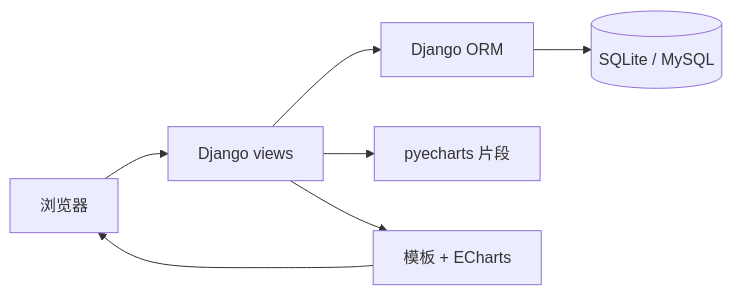
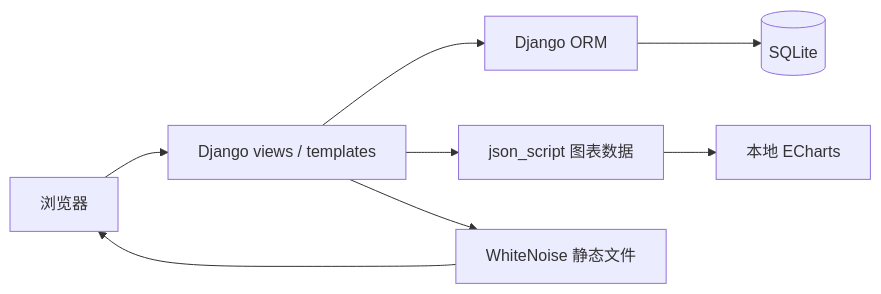
Before and after one commit to ningbojian/shiyuan: the diagram in README.md, drawn with Mermaid. The commit also changed other lines of this file and 132 other files, not shown here.

````diff
--- a/README.md
+++ b/README.md
@@ -58,9 +63,10 @@
 ```mermaid
 flowchart LR
-    Browser[浏览器] --> Django[Django views]
+    Browser[浏览器] --> Django[Django views / templates]
     Django --> ORM[Django ORM]
-    ORM --> DB[(SQLite / MySQL)]
-    Django --> Pyecharts[pyecharts 片段]
-    Django --> Templates[模板 + ECharts]
-    Templates --> Browser
+    ORM --> DB[(SQLite)]
+    Django --> JSON[json_script 图表数据]
+    JSON --> ECharts[本地 ECharts]
+    Django --> WhiteNoise[WhiteNoise 静态文件]
+    WhiteNoise --> Browser
 ```
````
